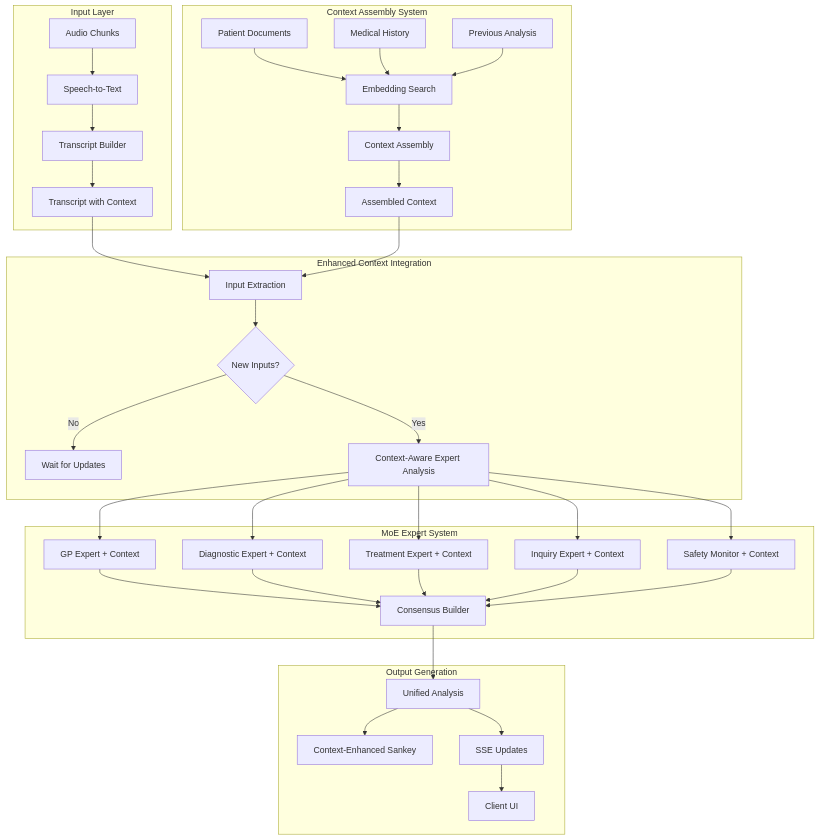
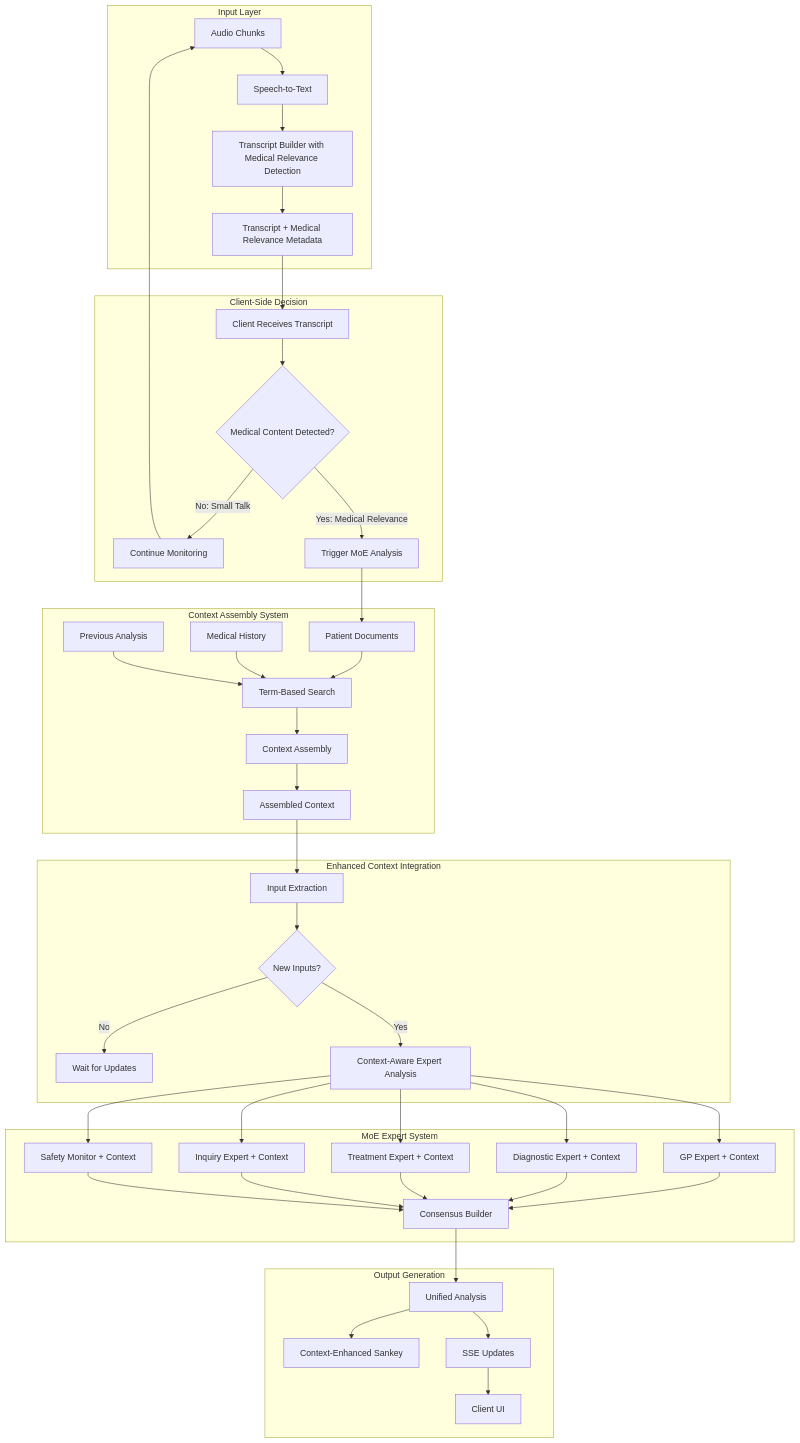
Before and after one commit to nxtwrld/aouros-www: the diagram in AI_SESSION_WORKFLOW.md, drawn with Mermaid. The commit also changed other lines of this file and 2 other files, not shown here.

````diff
--- a/AI_SESSION_WORKFLOW.md
+++ b/AI_SESSION_WORKFLOW.md
@@ -9,45 +22,53 @@
 ```mermaid
 graph TB
     subgraph "Input Layer"
         A[Audio Chunks] --> B[Speech-to-Text]
-        B --> C[Transcript Builder]
-        C --> D[Transcript with Context]
+        B --> C[Transcript Builder with Medical Relevance Detection]
+        C --> D[Transcript + Medical Relevance Metadata]
+    end
+
+    subgraph "Client-Side Decision"
+        D --> Y[Client Receives Transcript]
+        Y --> Z{Medical Content Detected?}
+        Z -->|No: Small Talk| AA[Continue Monitoring]
+        AA --> A
+        Z -->|Yes: Medical Relevance| AB[Trigger MoE Analysis]
     end
 
     subgraph "Context Assembly System"
-        E[Patient Documents] --> F[Embedding Search]
+        AB --> E[Patient Documents]
+        E --> F[Term-Based Search]
         G[Medical History] --> F
         H[Previous Analysis] --> F
         F --> I[Context Assembly]
         I --> J[Assembled Context]
     end
 
     subgraph "Enhanced Context Integration"
-        D --> K[Input Extraction]
-        J --> K
+        J --> K[Input Extraction]
         K --> L{New Inputs?}
         L -->|No| M[Wait for Updates]
         L -->|Yes| N[Context-Aware Expert Analysis]
     end
 
     subgraph "MoE Expert System"
         N --> O[GP Expert + Context]
         N --> P[Diagnostic Expert + Context]
         N --> Q[Treatment Expert + Context]
         N --> R[Inquiry Expert + Context]
         N --> S[Safety Monitor + Context]
 
         O --> T[Consensus Builder]
         P --> T
         Q --> T
         R --> T
         S --> T
     end
 
     subgraph "Output Generation"
         T --> U[Unified Analysis]
         U --> V[Context-Enhanced Sankey]
         U --> W[SSE Updates]
         W --> X[Client UI]
     end
 ```
````
